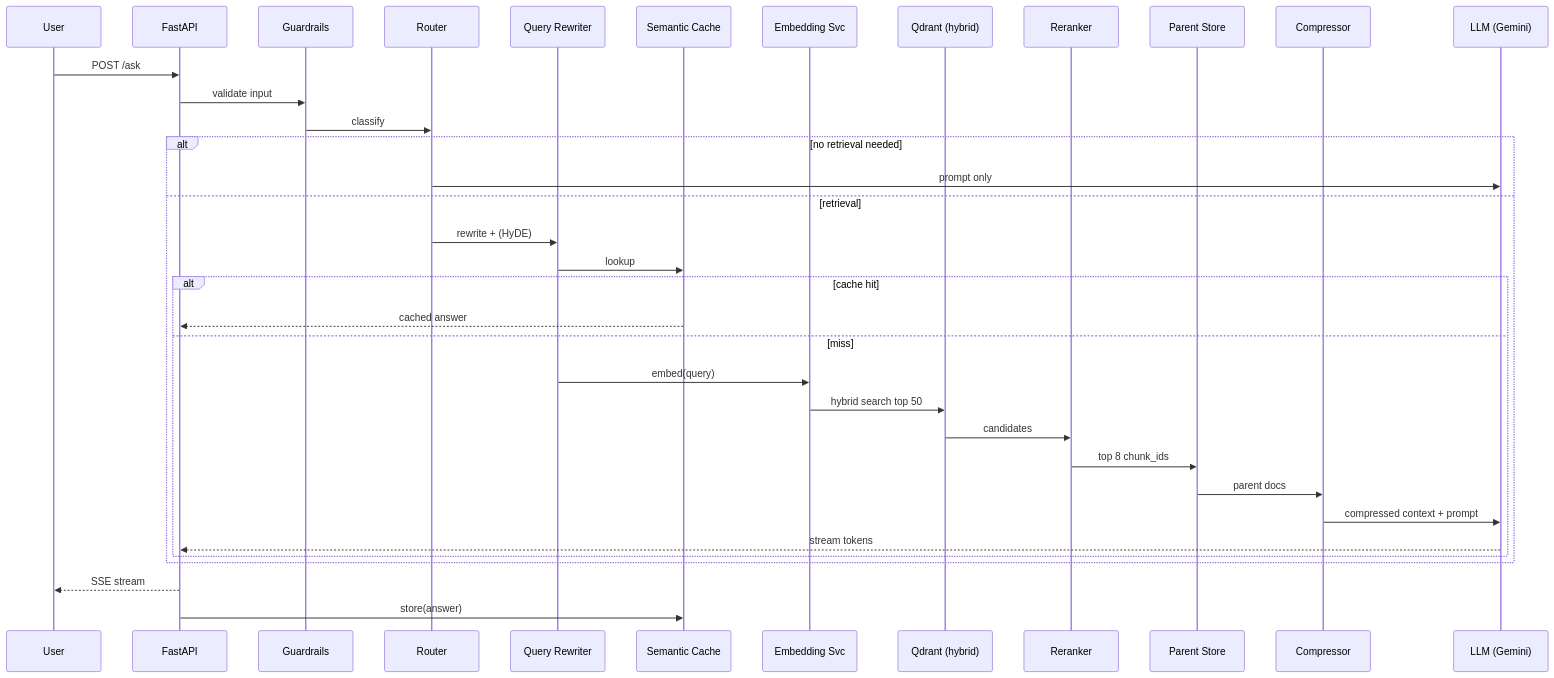
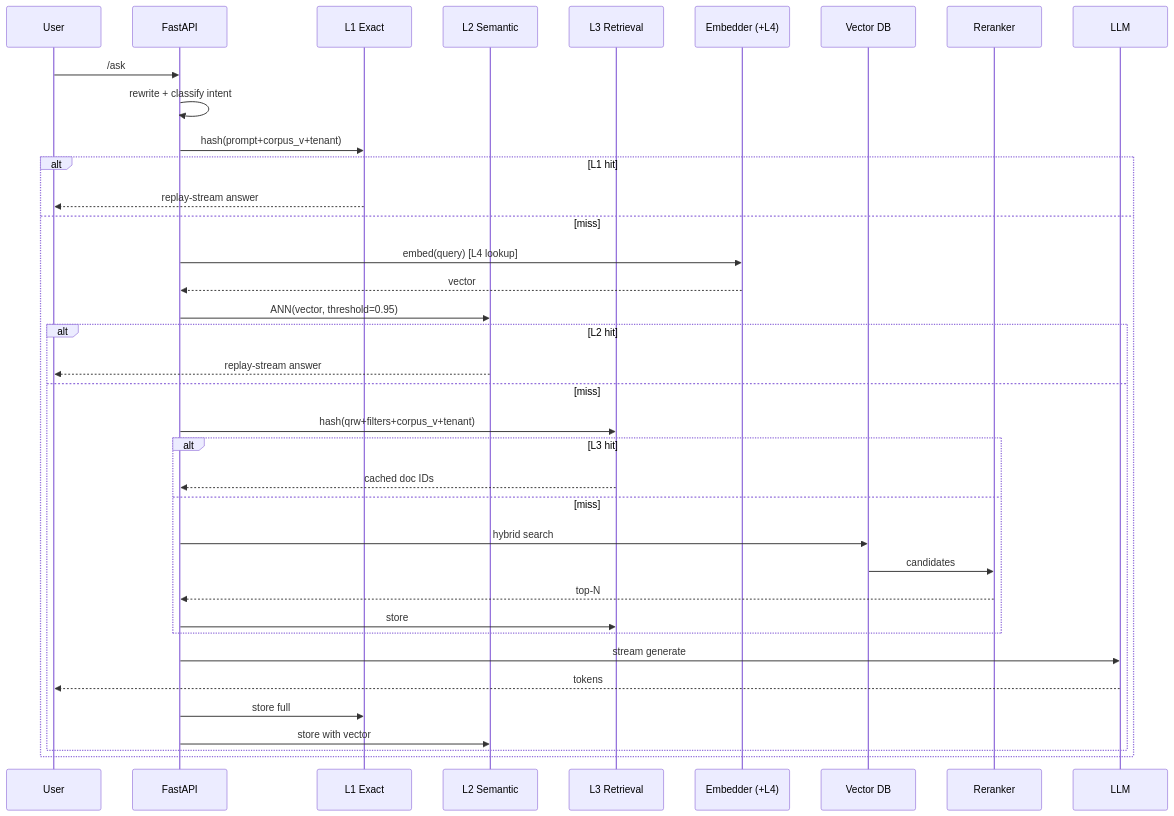
One commit to AlexTGoCreative/ChatBot changed the third of 6 diagrams in ChatBot-API/RAG_MODERNIZATION_REPORT.md. Above: the diagram before and after it, drawn with Mermaid. The commit also changed other lines of this file and 5 other files, not shown here.

````diff
--- a/ChatBot-API/RAG_MODERNIZATION_REPORT.md
+++ b/ChatBot-API/RAG_MODERNIZATION_REPORT.md
@@ -573,38 +334,40 @@
 ```mermaid
 sequenceDiagram
     participant U as User
     participant API as FastAPI
-    participant G as Guardrails
-    participant R as Router
-    participant QR as Query Rewriter
-    participant SC as Semantic Cache
-    participant E as Embedding Svc
-    participant V as Qdrant (hybrid)
+    participant L1 as L1 Exact
+    participant L2 as L2 Semantic
+    participant L3 as L3 Retrieval
+    participant E as Embedder (+L4)
+    participant V as Vector DB
     participant RR as Reranker
-    participant P as Parent Store
-    participant C as Compressor
-    participant L as LLM (Gemini)
+    participant L as LLM
 
-    U->>API: POST /ask
-    API->>G: validate input
-    G->>R: classify
-    alt no retrieval needed
-        R->>L: prompt only
-    else retrieval
-        R->>QR: rewrite + (HyDE)
-        QR->>SC: lookup
-        alt cache hit
-            SC-->>API: cached answer
+    U->>API: /ask
+    API->>API: rewrite + classify intent
+    API->>L1: hash(prompt+corpus_v+tenant)
+    alt L1 hit
+        L1-->>U: replay-stream answer
+    else miss
+        API->>E: embed(query)  [L4 lookup]
+        E-->>API: vector
+        API->>L2: ANN(vector, threshold=0.95)
+        alt L2 hit
+            L2-->>U: replay-stream answer
         else miss
-            QR->>E: embed(query)
-            E->>V: hybrid search top 50
-            V->>RR: candidates
-            RR->>P: top 8 chunk_ids
-            P->>C: parent docs
-            C->>L: compressed context + prompt
-            L-->>API: stream tokens
+            API->>L3: hash(qrw+filters+corpus_v+tenant)
+            alt L3 hit
+                L3-->>API: cached doc IDs
+            else miss
+                API->>V: hybrid search
+                V->>RR: candidates
+                RR-->>API: top-N
+                API->>L3: store
+            end
+            API->>L: stream generate
+            L-->>U: tokens
+            API->>L1: store full
+            API->>L2: store with vector
         end
     end
-    API-->>U: SSE stream
-    API->>SC: store(answer)
 ```
````
